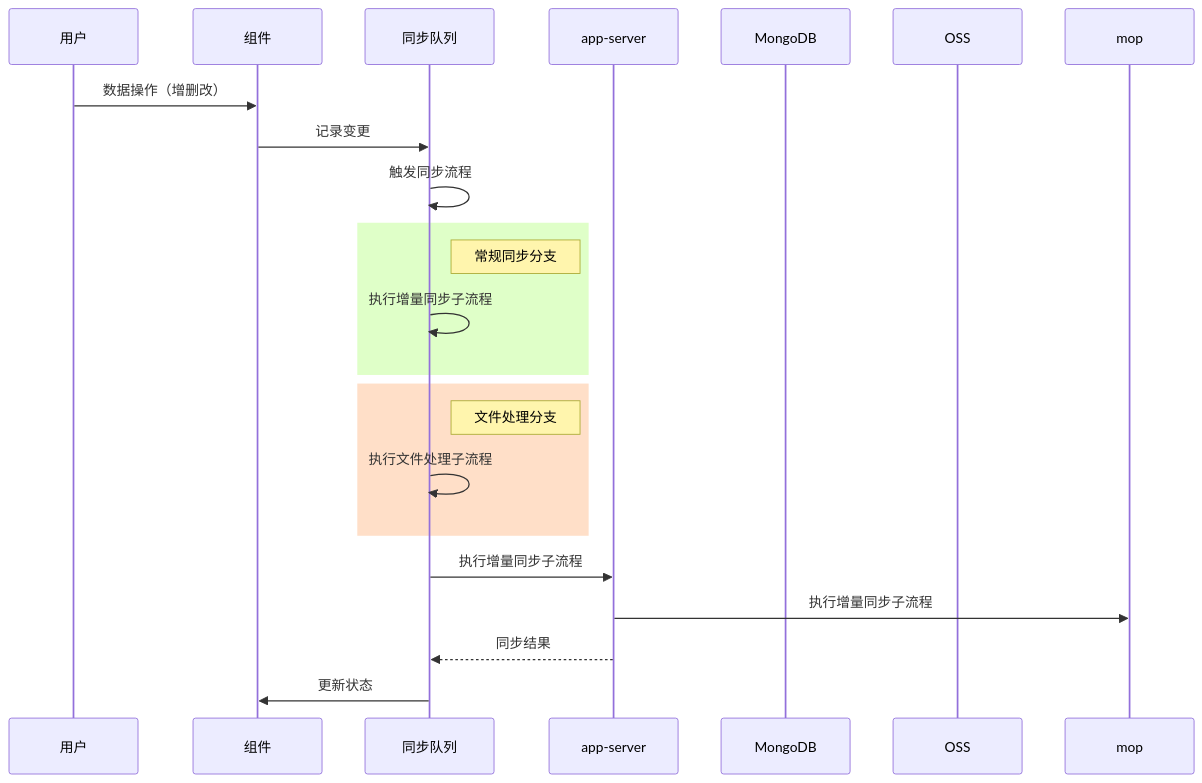
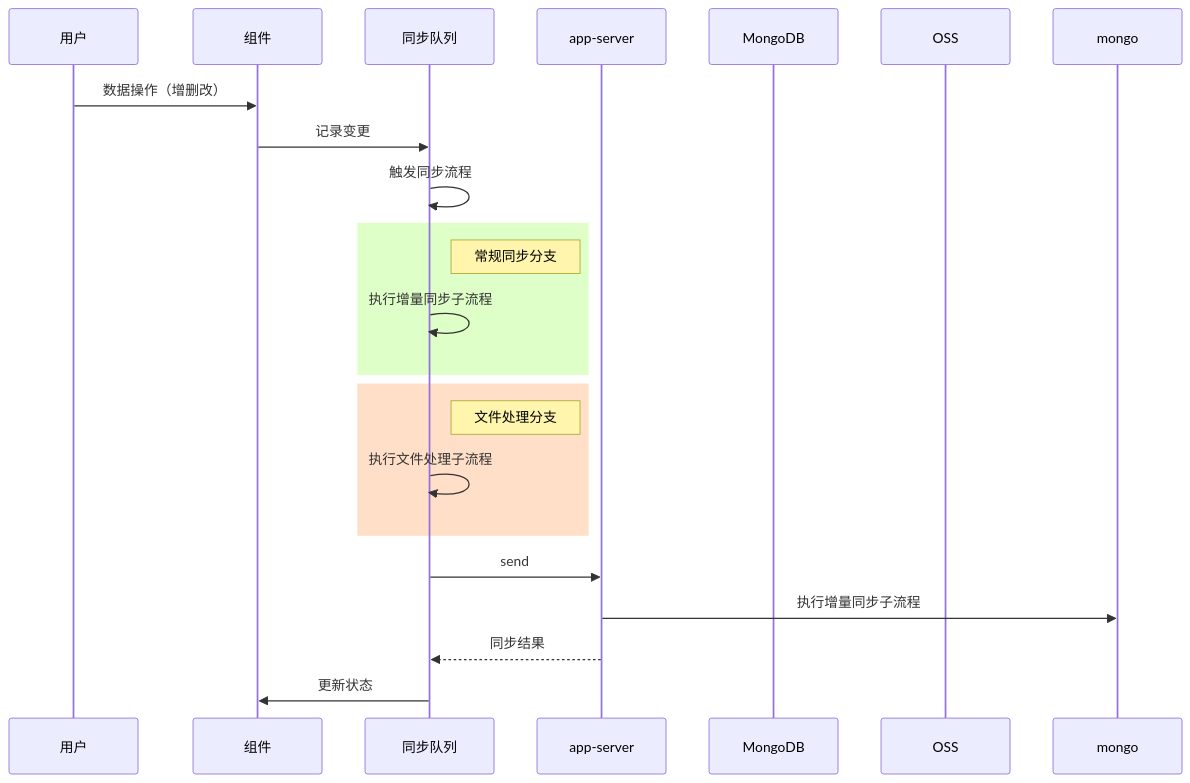
The diagram in all/未命名-24.md (yingjianzh/iodraw-files), drawn with Mermaid before and after one commit.

Commit message:
2025-02-24 16:21:19 update

````diff
--- a/all/未命名-24.md
+++ b/all/未命名-24.md
@@ -1,33 +1,33 @@
 ```mermaid
 
 sequenceDiagram
     participant 用户
     participant 组件
     participant 同步队列
     participant app-server
     participant MongoDB
     participant OSS
 
 
     用户->>组件: 数据操作（增删改）
     组件->>同步队列: 记录变更
     同步队列->>同步队列: 触发同步流程
 
 
     rect rgb(223,255,200)
     Note right of 同步队列: 常规同步分支
     同步队列->>同步队列: 执行增量同步子流程
     end
 
     rect rgb(255,223,200)
     Note right of 同步队列: 文件处理分支
     同步队列->>同步队列: 执行文件处理子流程
     end
     
-    同步队列->>app-server: 执行增量同步子流程
-    app-server->>mop: 执行增量同步子流程
+    同步队列->>app-server: send 
+    app-server->>mongo: 执行增量同步子流程
 
     app-server-->>同步队列: 同步结果
     同步队列->>组件: 更新状态
 
 ```
````
